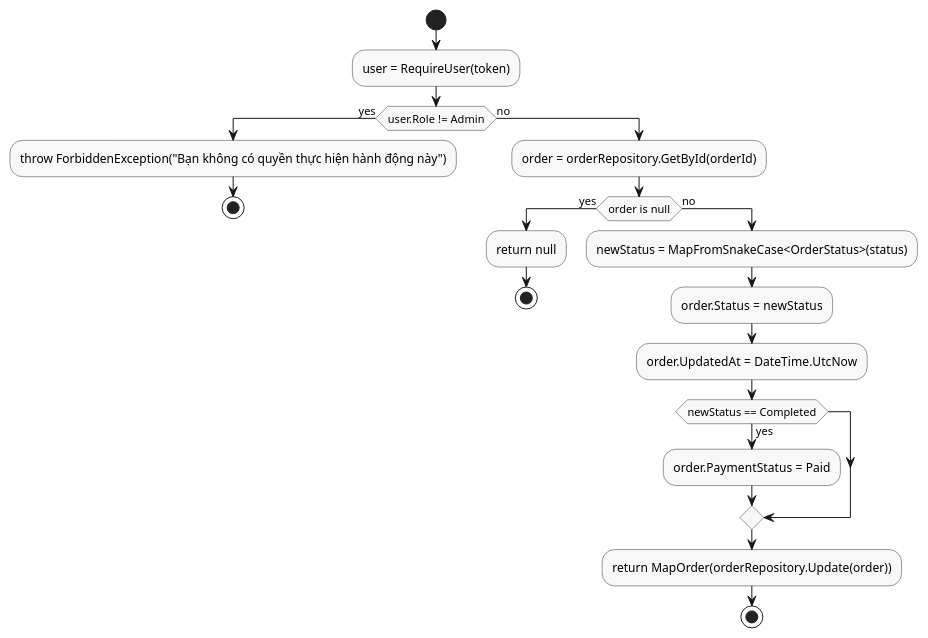
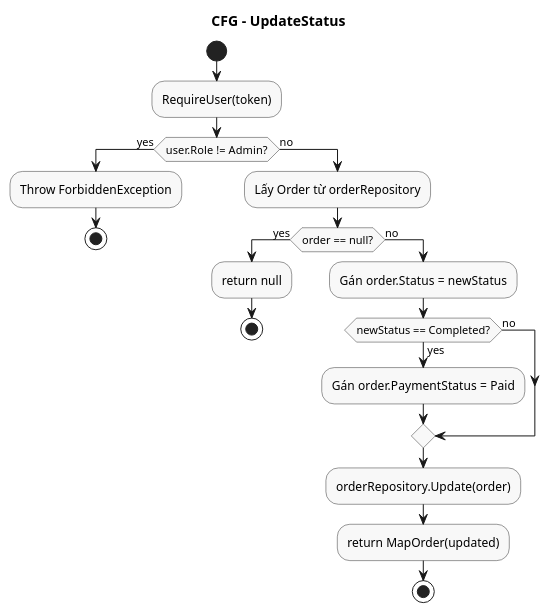
The diagram in HomeDecorShop/CFG/OrderService_UpdateStatus.puml (linhp7448-png/ShopdecorBee), drawn with PlantUML before and after one commit.

Commit message:
Refactor UpdateStatus

```diff
--- a/HomeDecorShop/CFG/OrderService_UpdateStatus.puml
+++ b/HomeDecorShop/CFG/OrderService_UpdateStatus.puml
@@ -1,30 +1,29 @@
 @startuml OrderService_UpdateStatus
 skinparam activity {
   BackgroundColor #F8F8F8
   BorderColor #333333
 }
 
+title CFG - UpdateStatus
 start
-:user = RequireUser(token);
-if (user.Role != Admin) then (yes)
-  :throw ForbiddenException("Bạn không có quyền thực hiện hành động này");
+:RequireUser(token);
+if (user.Role != Admin?) then (yes)
+  :Throw ForbiddenException;
   stop
 else (no)
-  :order = orderRepository.GetById(orderId);
-  if (order is null) then (yes)
+  :Lấy Order từ orderRepository;
+  if (order == null?) then (yes)
     :return null;
     stop
   else (no)
-    :newStatus = MapFromSnakeCase<OrderStatus>(status);
-    :order.Status = newStatus;
-    :order.UpdatedAt = DateTime.UtcNow;
-    
-    if (newStatus == Completed) then (yes)
-      :order.PaymentStatus = Paid;
+    :Gán order.Status = newStatus;
+    if (newStatus == Completed?) then (yes)
+      :Gán order.PaymentStatus = Paid;
+    else (no)
     endif
-    
-    :return MapOrder(orderRepository.Update(order));
+    :orderRepository.Update(order);
+    :return MapOrder(updated);
     stop
   endif
 endif
 @enduml
```
